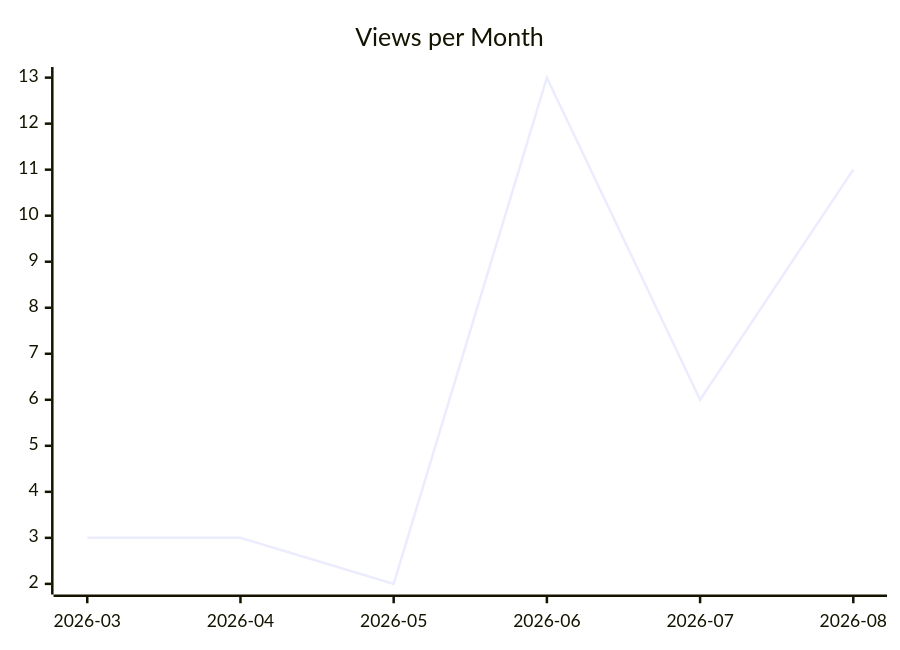
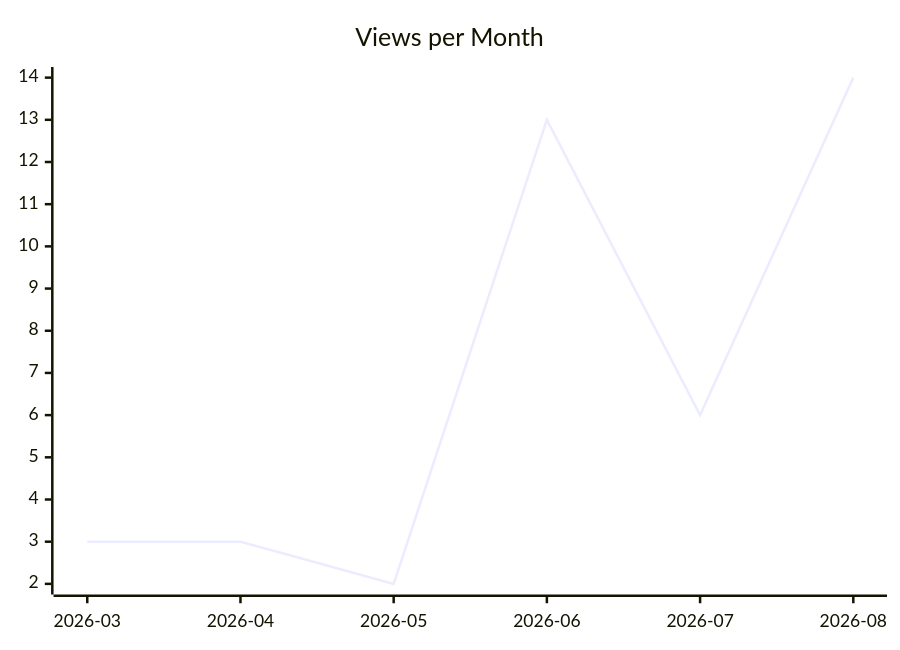
The second of 3 diagrams in karlmdavis/rps-tourney/README.md (justdavis-family/github-analytics-data), drawn with Mermaid before and after one commit. The commit also changed other lines of this file and 160 other files, not shown here.

````diff
--- a/karlmdavis/rps-tourney/README.md
+++ b/karlmdavis/rps-tourney/README.md
@@ -12,6 +12,6 @@
 ```mermaid
 xychart-beta
   title "Views per Month"
   x-axis ["2026-03", "2026-04", "2026-05", "2026-06", "2026-07", "2026-08"]
-  line [3, 3, 2, 13, 6, 11]
+  line [3, 3, 2, 13, 6, 14]
 ```
````
